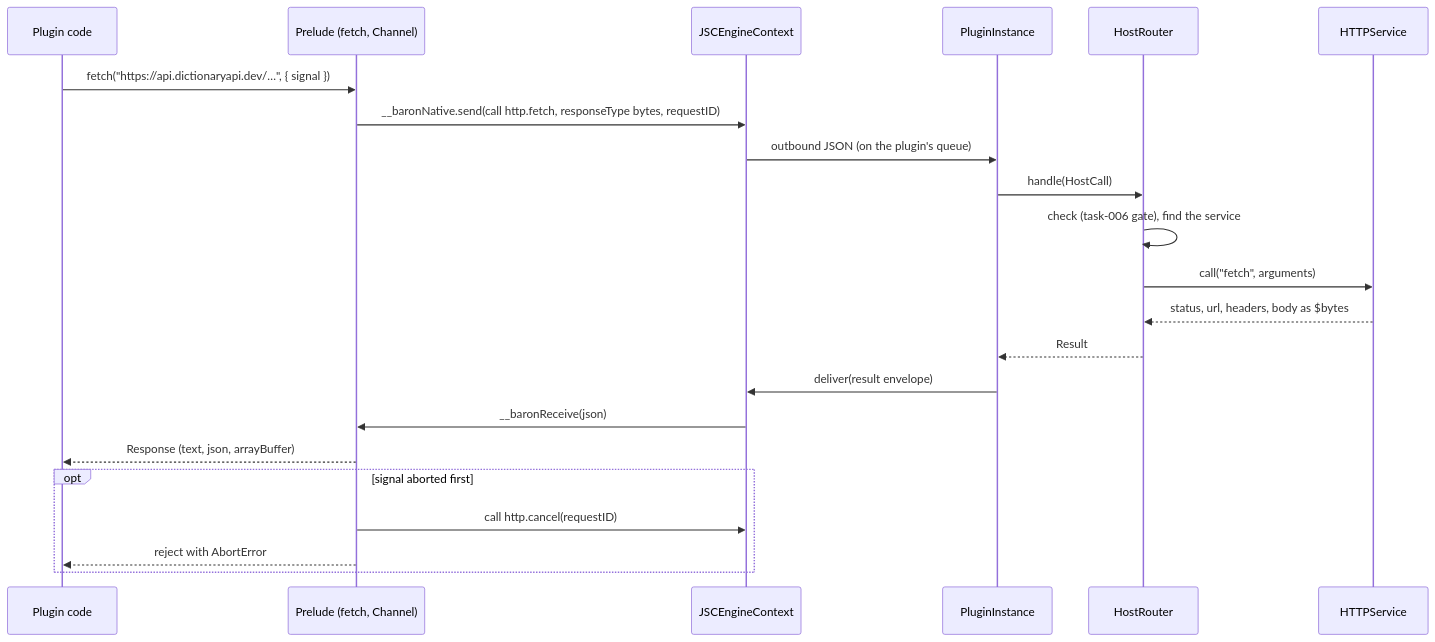
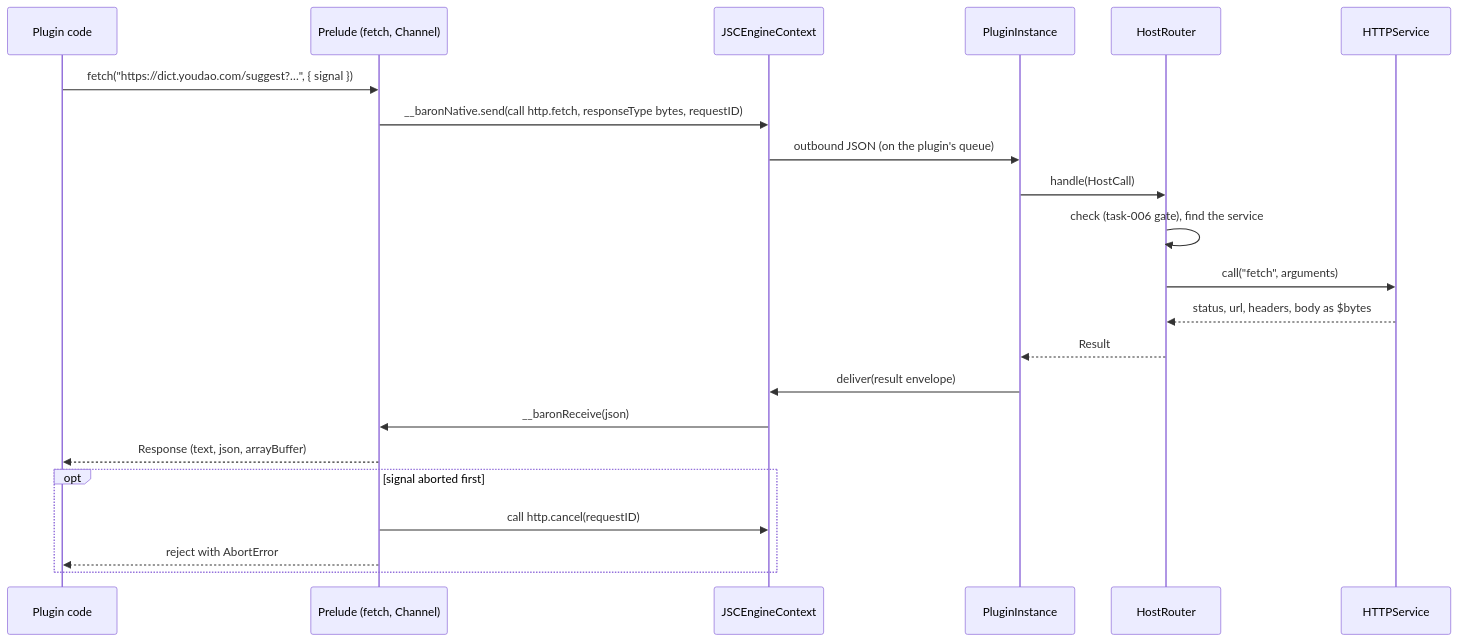
One commit to mx-in/ODH changed the second of 2 diagrams in docs/design/plugin-platform/03-host-api-and-ipc.md. Above: the diagram before and after it, drawn with Mermaid. The commit also changed 6 other files, not shown here.

````diff
--- a/docs/design/plugin-platform/03-host-api-and-ipc.md
+++ b/docs/design/plugin-platform/03-host-api-and-ipc.md
@@ -231,24 +231,24 @@
 ```mermaid
 sequenceDiagram
   participant Code as Plugin code
   participant Prelude as Prelude (fetch, Channel)
   participant Engine as JSCEngineContext
   participant Instance as PluginInstance
   participant Router as HostRouter
   participant HTTP as HTTPService
-  Code->>Prelude: fetch("https://api.dictionaryapi.dev/…", { signal })
+  Code->>Prelude: fetch("https://dict.youdao.com/suggest?…", { signal })
   Prelude->>Engine: __baronNative.send(call http.fetch, responseType bytes, requestID)
   Engine->>Instance: outbound JSON (on the plugin's queue)
   Instance->>Router: handle(HostCall)
   Router->>Router: check (task-006 gate), find the service
   Router->>HTTP: call("fetch", arguments)
   HTTP-->>Router: status, url, headers, body as $bytes
   Router-->>Instance: Result
   Instance->>Engine: deliver(result envelope)
   Engine->>Prelude: __baronReceive(json)
   Prelude-->>Code: Response (text, json, arrayBuffer)
   opt signal aborted first
     Prelude->>Engine: call http.cancel(requestID)
     Prelude-->>Code: reject with AbortError
   end
 ```
````
